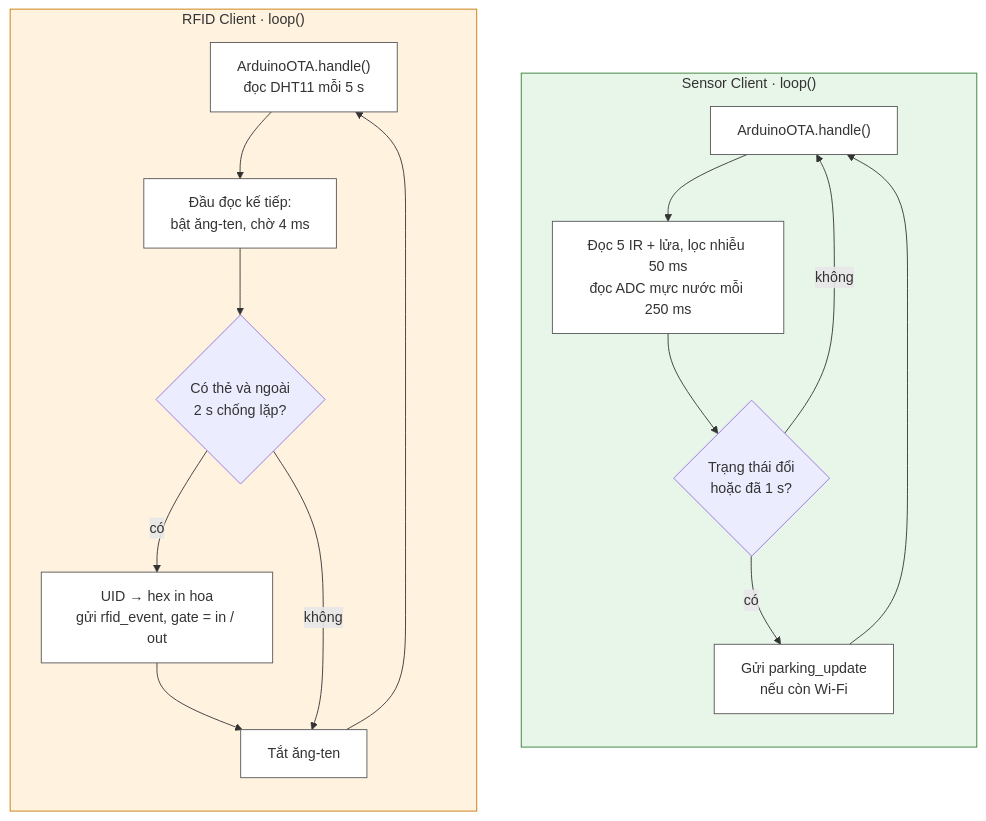
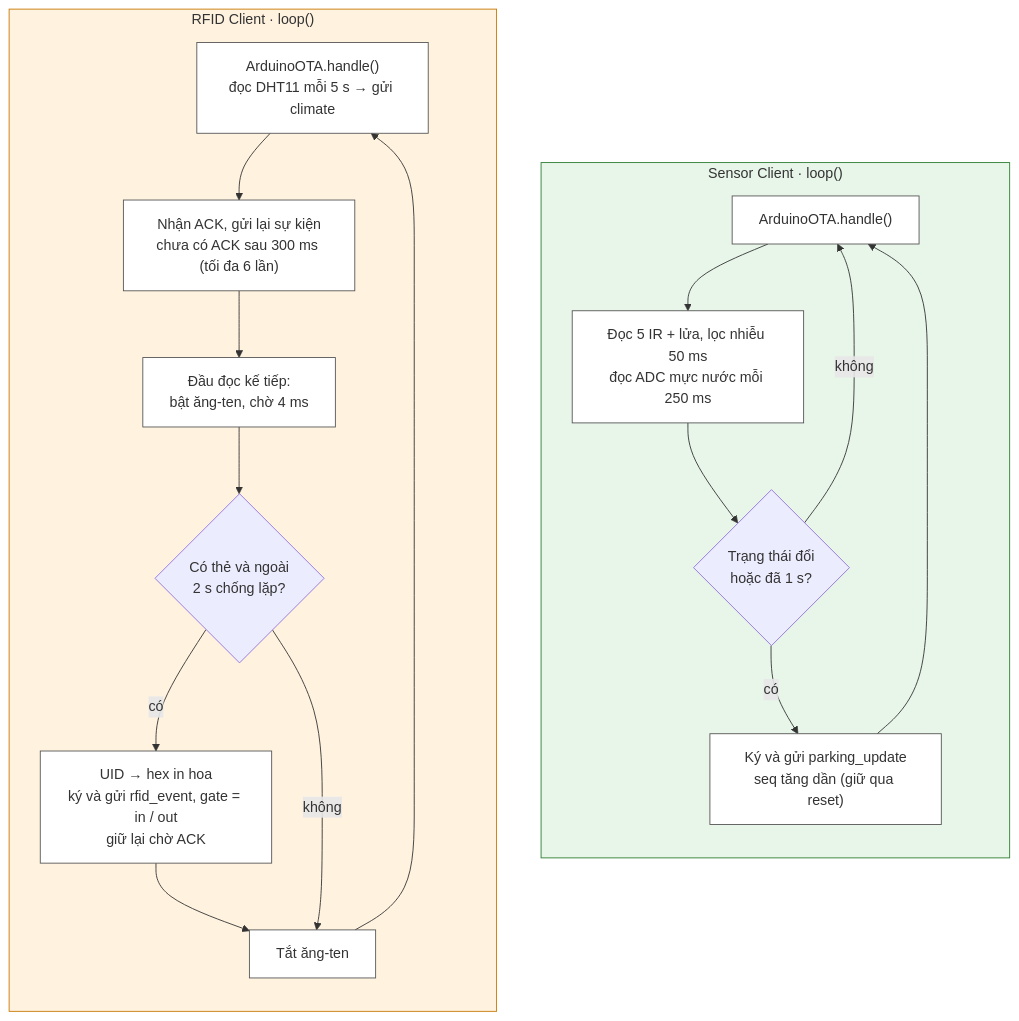
The diagram in report/diagrams/clientloops.mmd (thinhdinh25/INT3108_embedded-Smart-Parking-Project), drawn with Mermaid before and after one commit. The commit also changed 65 other files, not shown here.

First line of the commit message:
Sign UDP packets, ACK RFID scans, persist sessions; update report

```diff
--- a/report/diagrams/clientloops.mmd
+++ b/report/diagrams/clientloops.mmd
@@ -1,20 +1,21 @@
 flowchart TB
   subgraph SCL["Sensor Client · loop()"]
     direction TB
     a1["ArduinoOTA.handle()"] --> a2["Đọc 5 IR + lửa, lọc nhiễu 50 ms<br/>đọc ADC mực nước mỗi 250 ms"]
     a2 --> a3{"Trạng thái đổi<br/>hoặc đã 1 s?"}
-    a3 -- có --> a4["Gửi parking_update<br/>nếu còn Wi-Fi"] --> a1
+    a3 -- có --> a4["Ký và gửi parking_update<br/>seq tăng dần (giữ qua reset)"] --> a1
     a3 -- không --> a1
   end
   subgraph RCL["RFID Client · loop()"]
     direction TB
-    b1["ArduinoOTA.handle()<br/>đọc DHT11 mỗi 5 s"] --> b2["Đầu đọc kế tiếp:<br/>bật ăng-ten, chờ 4 ms"]
+    b1["ArduinoOTA.handle()<br/>đọc DHT11 mỗi 5 s → gửi climate"] --> b0["Nhận ACK, gửi lại sự kiện<br/>chưa có ACK sau 300 ms (tối đa 6 lần)"]
+    b0 --> b2["Đầu đọc kế tiếp:<br/>bật ăng-ten, chờ 4 ms"]
     b2 --> b3{"Có thẻ và ngoài<br/>2 s chống lặp?"}
-    b3 -- có --> b4["UID → hex in hoa<br/>gửi rfid_event, gate = in / out"] --> b5
+    b3 -- có --> b4["UID → hex in hoa<br/>ký và gửi rfid_event, gate = in / out<br/>giữ lại chờ ACK"] --> b5
     b3 -- không --> b5["Tắt ăng-ten"]
     b5 --> b1
   end
   style SCL fill:#E8F5E9,stroke:#2E7D32
   style RCL fill:#FFF3E0,stroke:#C77700
   classDef n fill:#ffffff,stroke:#555;
-  class a1,a2,a4,b1,b2,b4,b5 n;
+  class a1,a2,a4,b0,b1,b2,b4,b5 n;
```
